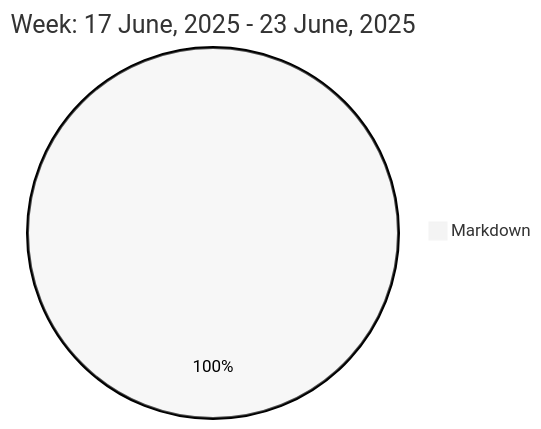
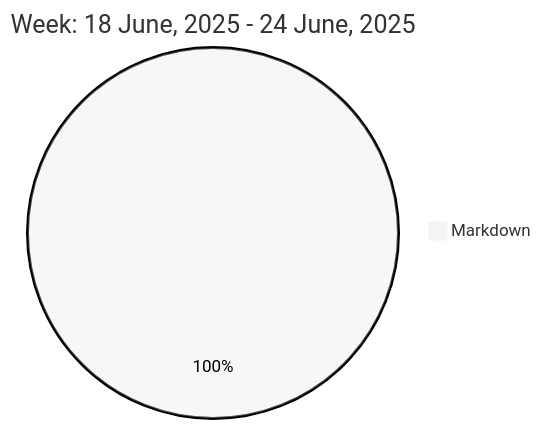
The diagram in README.md (liubin95/liubin95), drawn with Mermaid (neutral theme) before and after one commit.

Commit message:
Updated the Graph with new Metrics

````diff
--- a/README.md
+++ b/README.md
@@ -37,5 +37,5 @@
 ```mermaid
  pie
-title Week: 17 June, 2025 - 23 June, 2025
- "Markdown" : 2.47
+title Week: 18 June, 2025 - 24 June, 2025
+ "Markdown" : 3.05
 ```
````
